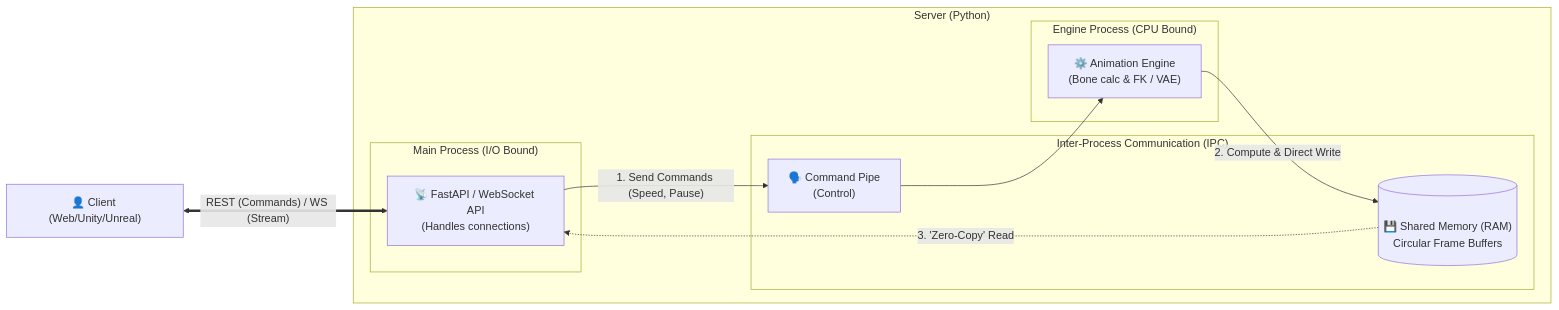
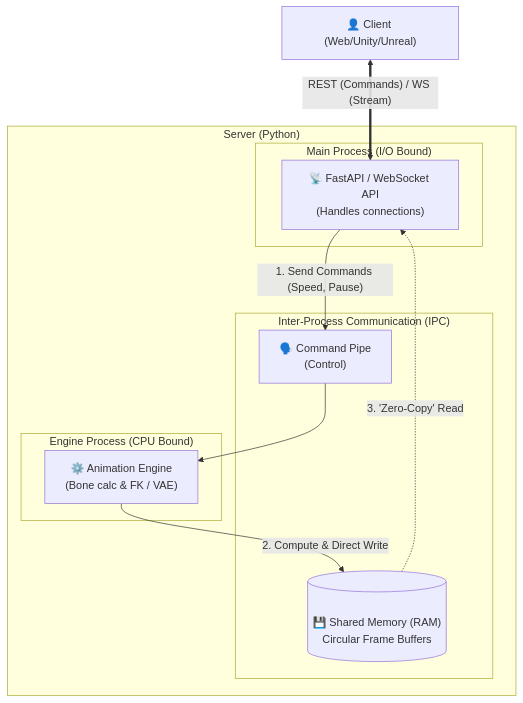
Before and after one commit to HE-Arc/MoMa_REST_Server: the first of 2 diagrams in README.md, drawn with Mermaid. The commit also changed 11 other files, not shown here.

````diff
--- a/README.md
+++ b/README.md
@@ -13,26 +13,26 @@
 ```mermaid
-graph LR
+graph TD
     Client["👤 Client (Web/Unity/Unreal)"]
 
     subgraph Server ["Server (Python)"]
         subgraph MainProcess ["Main Process (I/O Bound)"]
             API["📡 FastAPI / WebSocket API<br>(Handles connections)"]
         end
 
         subgraph IPC ["Inter-Process Communication (IPC)"]
             SHM[("<br>💾 Shared Memory (RAM)<br>Circular Frame Buffers")]
             Pipe["🗣️ Command Pipe<br>(Control)"]
         end
 
         subgraph ChildProcess ["Engine Process (CPU Bound)"]
             Engine["⚙️ Animation Engine<br>(Bone calc & FK / VAE)"]
         end
     end
 
 %% Data Flow
     Client <==>|" REST (Commands) / WS (Stream) "| API
     API -- " 1. Send Commands (Speed, Pause) " --> Pipe
     Pipe --> Engine
     Engine -- " 2. Compute & Direct Write " --> SHM
     SHM -.->|" 3. 'Zero-Copy' Read "| API
 ```
````
